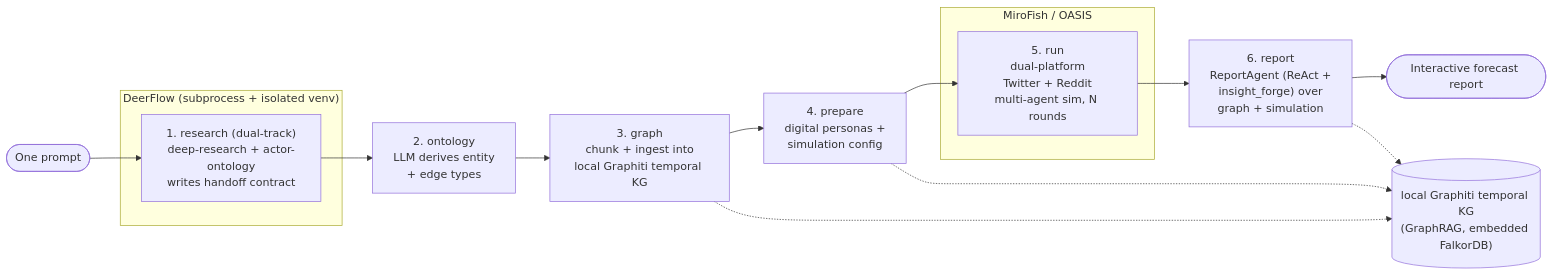
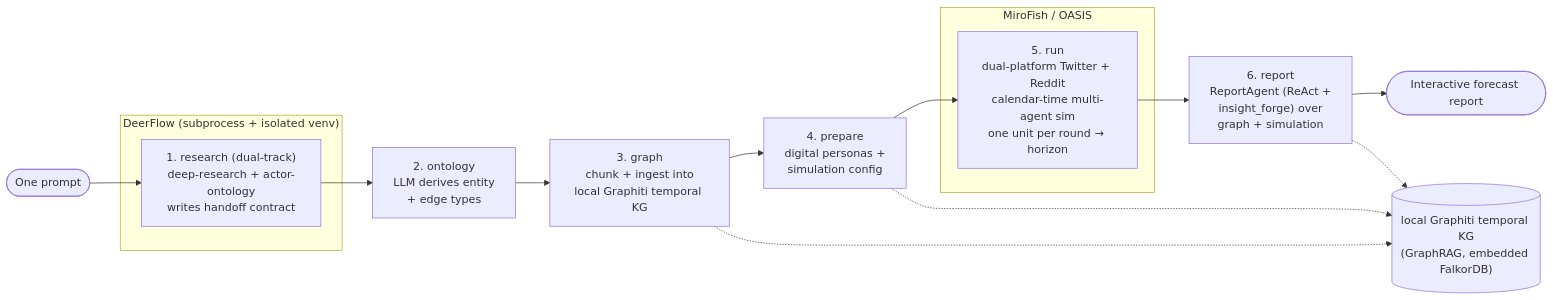
The diagram in README.md (linroger/DeepAgentForecast), drawn with Mermaid before and after one commit. The commit also changed other lines of this file and 1 other file, not shown here.

First line of the commit message:
README (EN+ZH): document calendar-temporal simulation; add DeepWiki + DRF_ARCHITECTURE.md docs links

````diff
--- a/README.md
+++ b/README.md
@@ -117,25 +121,25 @@
 ```mermaid
 flowchart LR
     P([One prompt]) --> R
 
     subgraph DeerFlow["DeerFlow (subprocess + isolated venv)"]
         R["1. research (dual-track)<br/>deep-research + actor-ontology<br/>writes handoff contract"]
     end
 
     R --> O["2. ontology<br/>LLM derives entity<br/>+ edge types"]
     O --> G["3. graph<br/>chunk + ingest into<br/>local Graphiti temporal KG"]
     G --> PR["4. prepare<br/>digital personas +<br/>simulation config"]
 
     subgraph OASIS["MiroFish / OASIS"]
-        RUN["5. run<br/>dual-platform<br/>Twitter + Reddit<br/>multi-agent sim, N rounds"]
+        RUN["5. run<br/>dual-platform Twitter + Reddit<br/>calendar-time multi-agent sim<br/>one unit per round → horizon"]
     end
 
     PR --> RUN
     RUN --> REP["6. report<br/>ReportAgent (ReAct +<br/>insight_forge) over<br/>graph + simulation"]
     REP --> F([Interactive forecast report])
 
     KG[("local Graphiti temporal KG<br/>(GraphRAG, embedded FalkorDB)")]
     G -.-> KG
     PR -.-> KG
     REP -.-> KG
 ```
````
